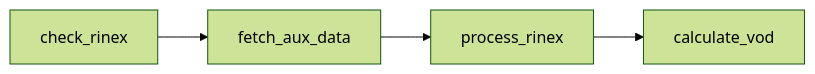
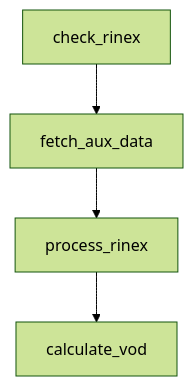
The diagram in docs/guides/airflow.md (konstantinschellenberg/canvodpy), drawn with Mermaid (forest theme) before and after one commit. The commit also changed 38 other files, not shown here.

````diff
--- a/docs/guides/airflow.md
+++ b/docs/guides/airflow.md
@@ -11,6 +11,6 @@
 ```mermaid
-graph LR
+graph TD
     A["check_rinex"] --> B["fetch_aux_data"]
     B --> C["process_rinex"]
     C --> D["calculate_vod"]
 ```
````
